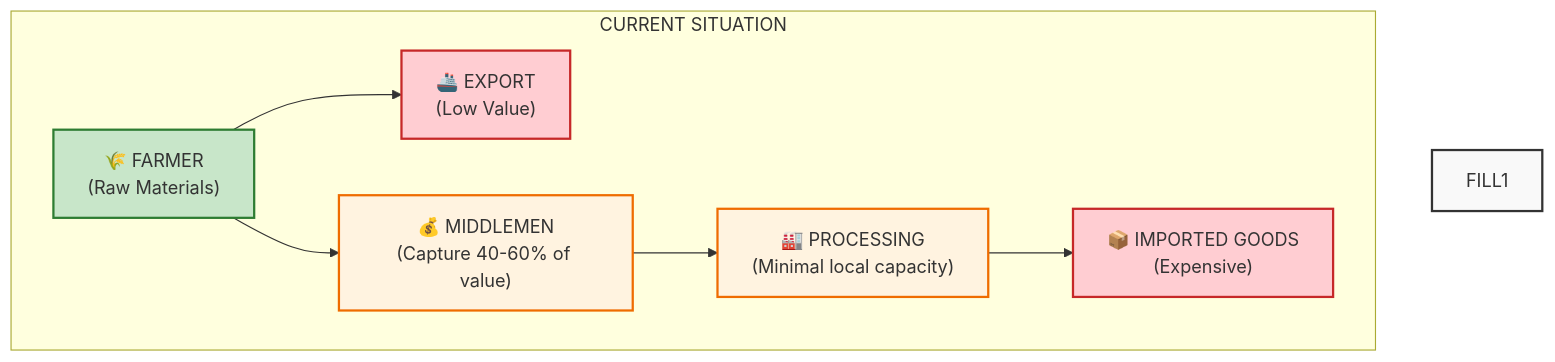
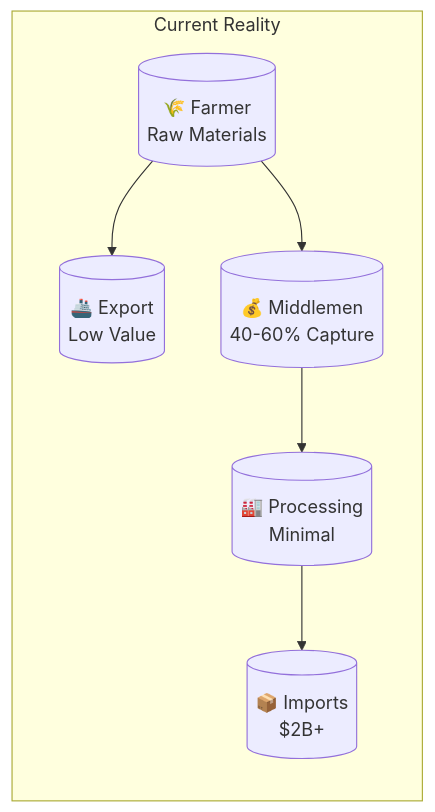
The first of 9 diagrams in README.md (TsegayIS122123/agronexus-ai), drawn with Mermaid before and after one commit. The commit also changed other lines of this file and 2 other files, not shown here.

````diff
--- a/README.md
+++ b/README.md
@@ -101,23 +103,15 @@
 ```mermaid
-graph TB
-    subgraph "CURRENT SITUATION"
-        style FILL1 fill:#f9f9f9,stroke:#333,stroke-width:2px
-        
-        FARMER["🌾 FARMER<br/>(Raw Materials)"]
-        EXPORT["🚢 EXPORT<br/>(Low Value)"]
-        MIDDLEMEN["💰 MIDDLEMEN<br/>(Capture 40-60% of value)"]
-        PROCESSING["🏭 PROCESSING<br/>(Minimal local capacity)"]
-        IMPORTS["📦 IMPORTED GOODS<br/>(Expensive)"]
+graph LR
+    subgraph Current["Current Reality"]
+        FARMER[("🌾 Farmer<br/>Raw Materials")]
+        EXPORT[("🚢 Export<br/>Low Value")]
+        MIDDLEMEN[("💰 Middlemen<br/>40-60% Capture")]
+        PROCESSING[("🏭 Processing<br/>Minimal")]
+        IMPORTS[("📦 Imports<br/>$2B+")]
         
         FARMER --> EXPORT
         FARMER --> MIDDLEMEN
         MIDDLEMEN --> PROCESSING
         PROCESSING --> IMPORTS
-        
-        style FARMER fill:#c8e6c9,stroke:#2e7d32,stroke-width:2px
-        style EXPORT fill:#ffcdd2,stroke:#c62828,stroke-width:2px
-        style MIDDLEMEN fill:#fff3e0,stroke:#ef6c00,stroke-width:2px
-        style PROCESSING fill:#fff3e0,stroke:#ef6c00,stroke-width:2px
-        style IMPORTS fill:#ffcdd2,stroke:#c62828,stroke-width:2px
     end
 ```
````
